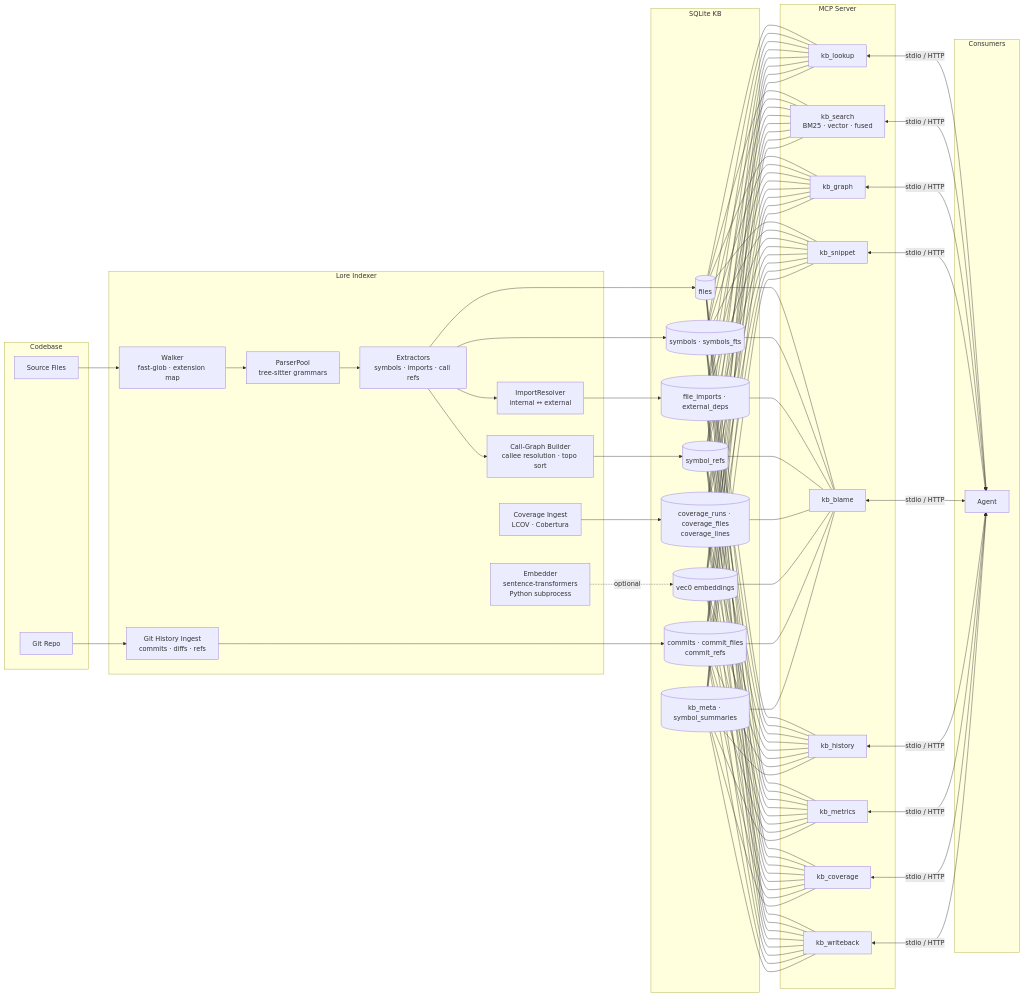
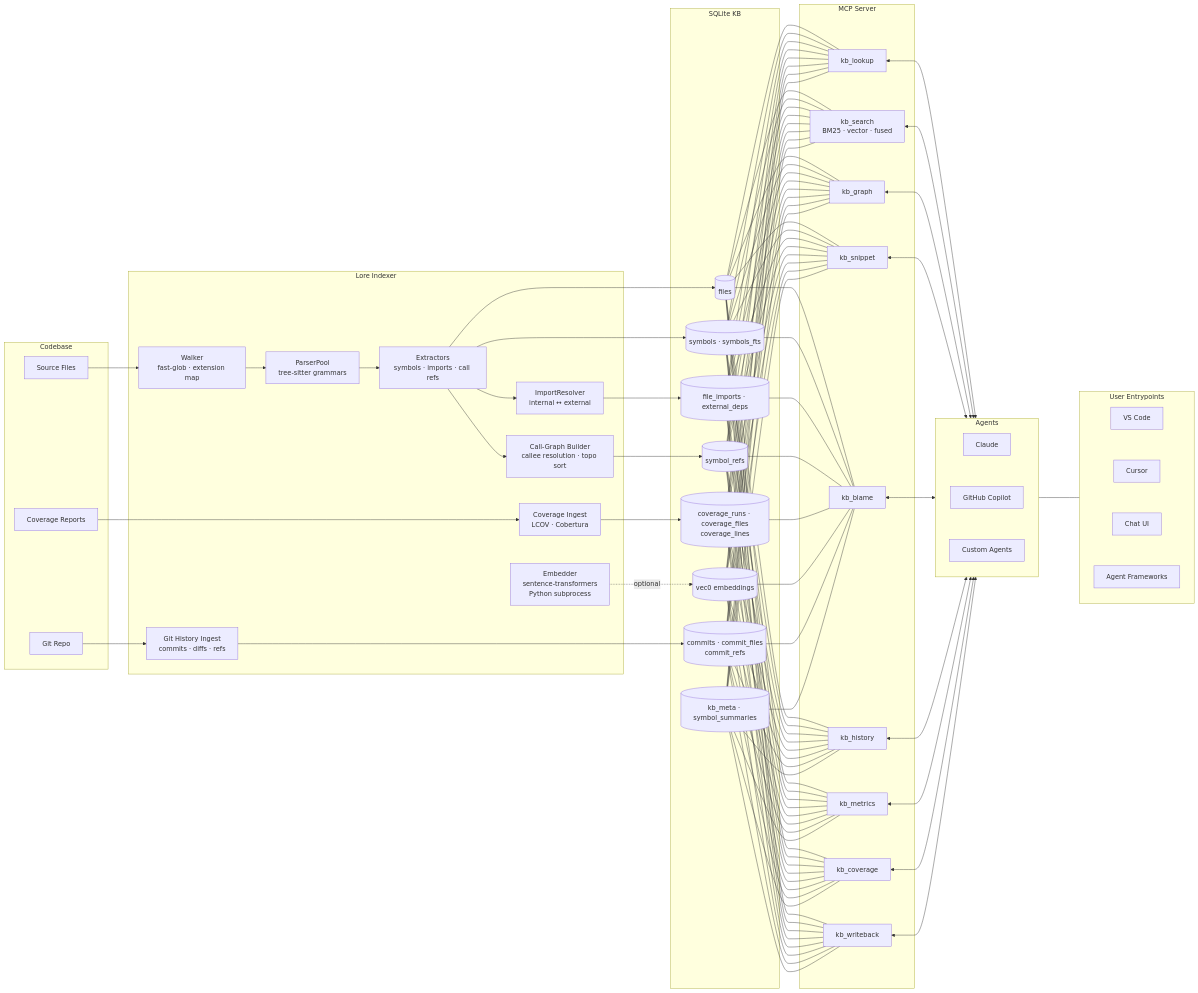
The diagram in docs/architecture.md (jafreck/Lore), drawn with Mermaid before and after one commit. The commit also changed 2 other files, not shown here.

Commit message:
Add status badges and coverage to architecture diagrams (#71)
- Add CI, license, Node.js, and TypeScript badges to README
- Add Coverage Reports and Coverage Ingest to README Mermaid diagram
- Sync architecture doc with README (coverage input, Agents, User Entrypoints)

````diff
--- a/docs/architecture.md
+++ b/docs/architecture.md
@@ -7,57 +7,72 @@
 ```mermaid
 flowchart LR
     subgraph Codebase
         SRC[Source Files]
         GIT[Git Repo]
+        COVREP[Coverage Reports]
     end
 
     subgraph Lore Indexer
         WALK[Walker<br/>fast-glob · extension map]
         PARSE[ParserPool<br/>tree-sitter grammars]
         EXTRACT[Extractors<br/>symbols · imports · call refs]
         RESOLVE[ImportResolver<br/>internal ↔ external]
         CALLGRAPH[Call-Graph Builder<br/>callee resolution · topo sort]
         COVER[Coverage Ingest<br/>LCOV · Cobertura]
         EMBED[Embedder<br/>sentence-transformers<br/>Python subprocess]
         GITHIST[Git History Ingest<br/>commits · diffs · refs]
     end
 
     subgraph SQLite KB
         FILES[(files)]
         SYM[(symbols · symbols_fts)]
         IMP[(file_imports · external_deps)]
         REFS[(symbol_refs)]
         COV[(coverage_runs · coverage_files<br/>coverage_lines)]
         VEC[(vec0 embeddings)]
         HIST[(commits · commit_files<br/>commit_refs)]
         META[(kb_meta · symbol_summaries)]
     end
 
     subgraph MCP Server
         LOOKUP[kb_lookup]
         SEARCH[kb_search<br/>BM25 · vector · fused]
         GRAPH[kb_graph]
         SNIPPET[kb_snippet]
         BLAME[kb_blame]
         HISTORY[kb_history]
         METRICS[kb_metrics]
         KB_COVERAGE[kb_coverage]
         WRITEBACK[kb_writeback]
     end
 
-    subgraph Consumers
-        AGENT[Agent]
+    subgraph LLM_AGENTS[Agents]
+        CLAUDE[Claude]
+        COPILOT[GitHub Copilot]
+        CUSTOM_AGENT[Custom Agents]
+        CLAUDE ~~~ COPILOT ~~~ CUSTOM_AGENT
+    end
+
+    subgraph ENTRY[User Entrypoints]
+        VSCODE[VS Code]
+        CURSOR[Cursor]
+        CHAT[Chat UI]
+        ORCH[Agent Frameworks]
+        VSCODE ~~~ CURSOR ~~~ CHAT ~~~ ORCH
     end
 
     SRC --> WALK --> PARSE --> EXTRACT
     EXTRACT --> RESOLVE --> IMP
     EXTRACT --> CALLGRAPH --> REFS
     EXTRACT --> FILES & SYM
     COVER --> COV
+    COVREP --> COVER
     EMBED -.->|optional| VEC
     GIT --> GITHIST --> HIST
 
     FILES & SYM & IMP & REFS & COV & VEC & HIST & META --- LOOKUP & SEARCH & GRAPH & SNIPPET & BLAME & HISTORY & METRICS & KB_COVERAGE & WRITEBACK
 
-    LOOKUP & SEARCH & GRAPH & SNIPPET & BLAME & HISTORY & METRICS & KB_COVERAGE & WRITEBACK <-->|stdio / HTTP| AGENT
+    LOOKUP & SEARCH & GRAPH & SNIPPET & BLAME & HISTORY & METRICS & KB_COVERAGE & WRITEBACK <--> LLM_AGENTS
+
+    LLM_AGENTS <--- ENTRY
 ```
````
